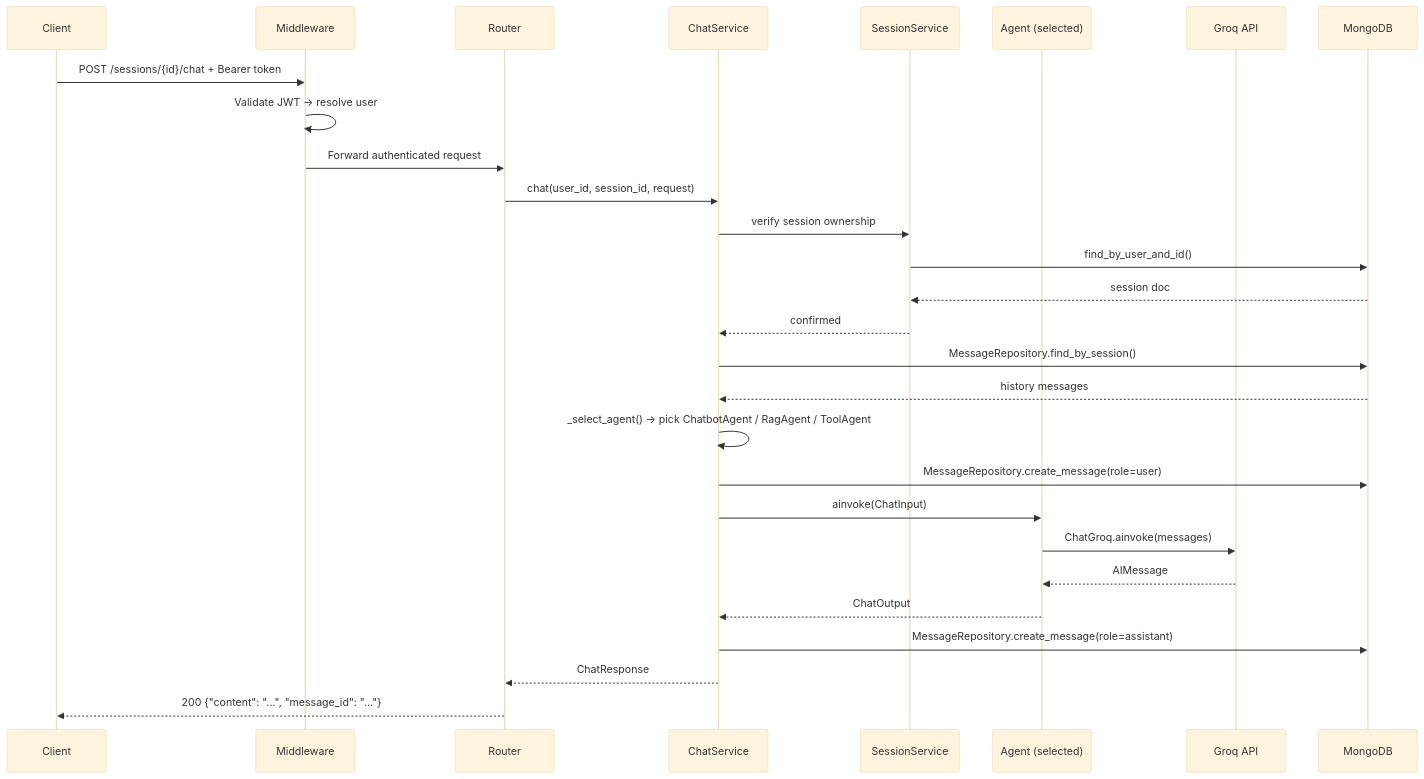
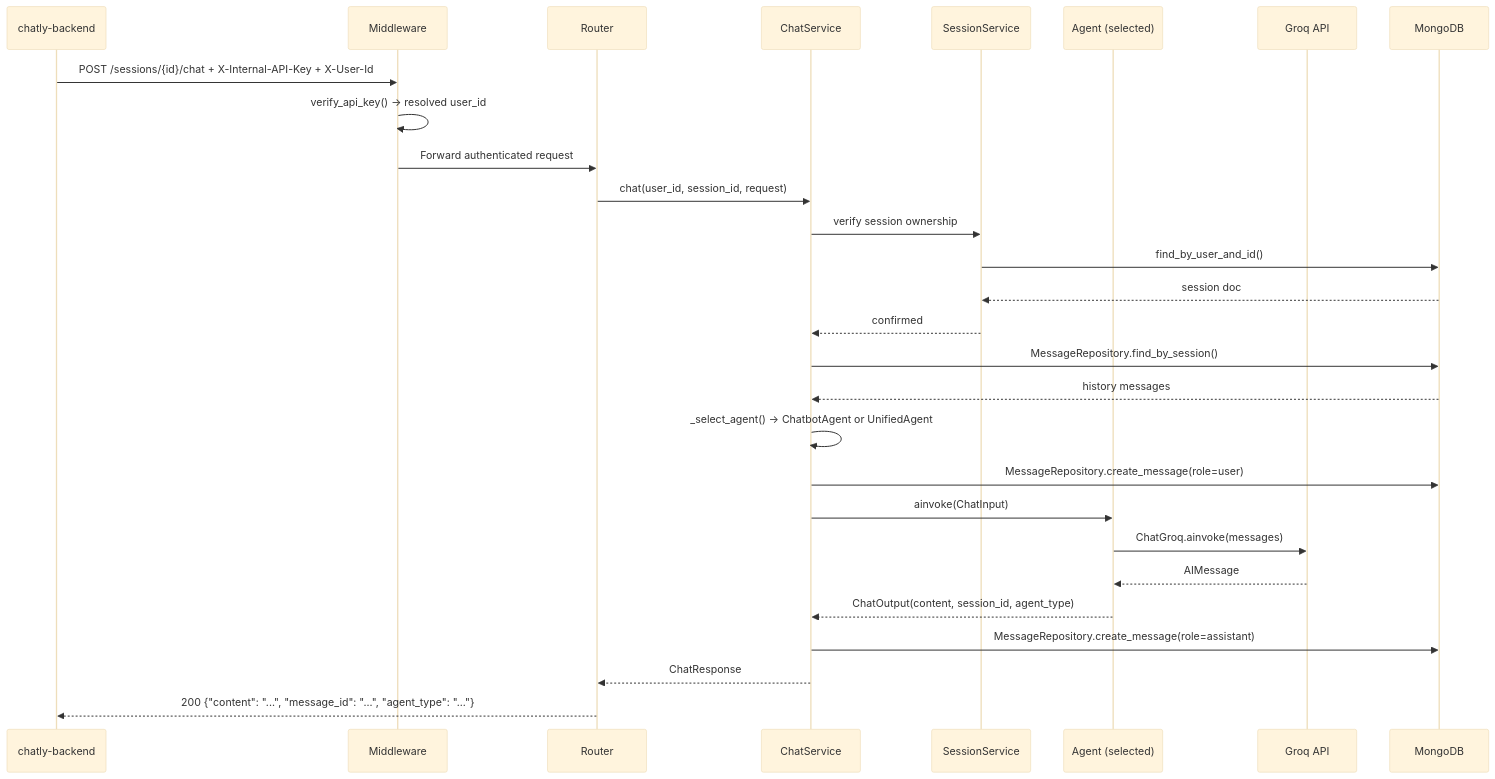
The third of 13 diagrams in chatly-agent/ARCHITECTURE.md (giasinguyen/chatly-messaging-platform), drawn with Mermaid (base theme) before and after one commit. The commit also changed other lines of this file and 26 other files, not shown here.

First line of the commit message:
Refactor chat service and agent architecture

````diff
--- a/chatly-agent/ARCHITECTURE.md
+++ b/chatly-agent/ARCHITECTURE.md
@@ -134,31 +132,31 @@
 ```mermaid
 sequenceDiagram
-    participant C as Client
+    participant C as chatly-backend
     participant MW as Middleware
     participant R as Router
     participant CS as ChatService
     participant SS as SessionService
     participant A as Agent (selected)
     participant LLM as Groq API
     participant DB as MongoDB
 
-    C->>MW: POST /sessions/{id}/chat + Bearer token
-    MW->>MW: Validate JWT → resolve user
+    C->>MW: POST /sessions/{id}/chat + X-Internal-API-Key + X-User-Id
+    MW->>MW: verify_api_key() → resolved user_id
     MW->>R: Forward authenticated request
     R->>CS: chat(user_id, session_id, request)
     CS->>SS: verify session ownership
     SS->>DB: find_by_user_and_id()
     DB-->>SS: session doc
     SS-->>CS: confirmed
     CS->>DB: MessageRepository.find_by_session()
     DB-->>CS: history messages
-    CS->>CS: _select_agent() → pick ChatbotAgent / RagAgent / ToolAgent
+    CS->>CS: _select_agent() → ChatbotAgent or UnifiedAgent
     CS->>DB: MessageRepository.create_message(role=user)
     CS->>A: ainvoke(ChatInput)
     A->>LLM: ChatGroq.ainvoke(messages)
     LLM-->>A: AIMessage
-    A-->>CS: ChatOutput
+    A-->>CS: ChatOutput(content, session_id, agent_type)
     CS->>DB: MessageRepository.create_message(role=assistant)
     CS-->>R: ChatResponse
-    R-->>C: 200 {"content": "...", "message_id": "..."}
+    R-->>C: 200 {"content": "...", "message_id": "...", "agent_type": "..."}
 ```
````
